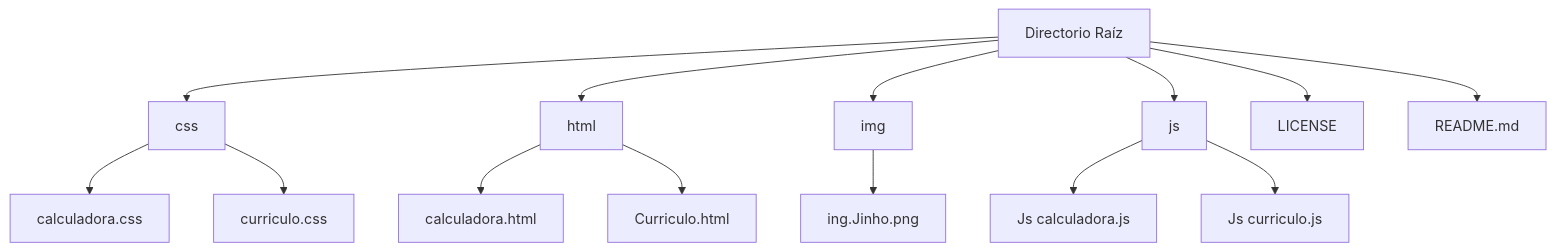
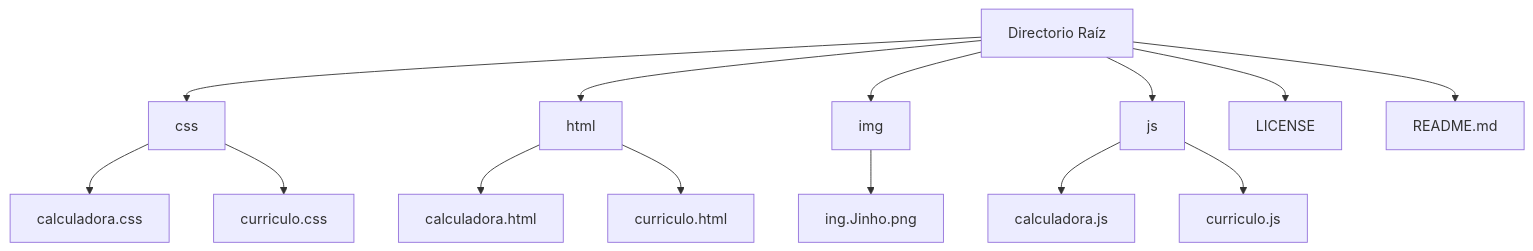
Before and after one commit to LeXScripterX/Parcial_2-INTRODUCCI-N-A-LOS-LENGUAJES-DE-INTERNET: the diagram in README.md, drawn with Mermaid. The commit also changed other lines of this file, not shown here.

````diff
--- a/README.md
+++ b/README.md
@@ -6,20 +6,20 @@
 ```mermaid
 graph TD
     A[Directorio Raíz] --> B[css]
     B --> B1[calculadora.css]
     B --> B2[curriculo.css]
-    
+
     A --> C[html]
     C --> C1[calculadora.html]
-    C --> C2[Curriculo.html]
-    
+    C --> C2[curriculo.html]
+
     A --> D[img]
     D --> D1[ing.Jinho.png]
-    
+
     A --> E[js]
-    E --> E1[Js calculadora.js]
-    E --> E2[Js curriculo.js]
-    
+    E --> E1[calculadora.js]
+    E --> E2[curriculo.js]
+
     A --> F[LICENSE]
     A --> G[README.md]
 ```
````
